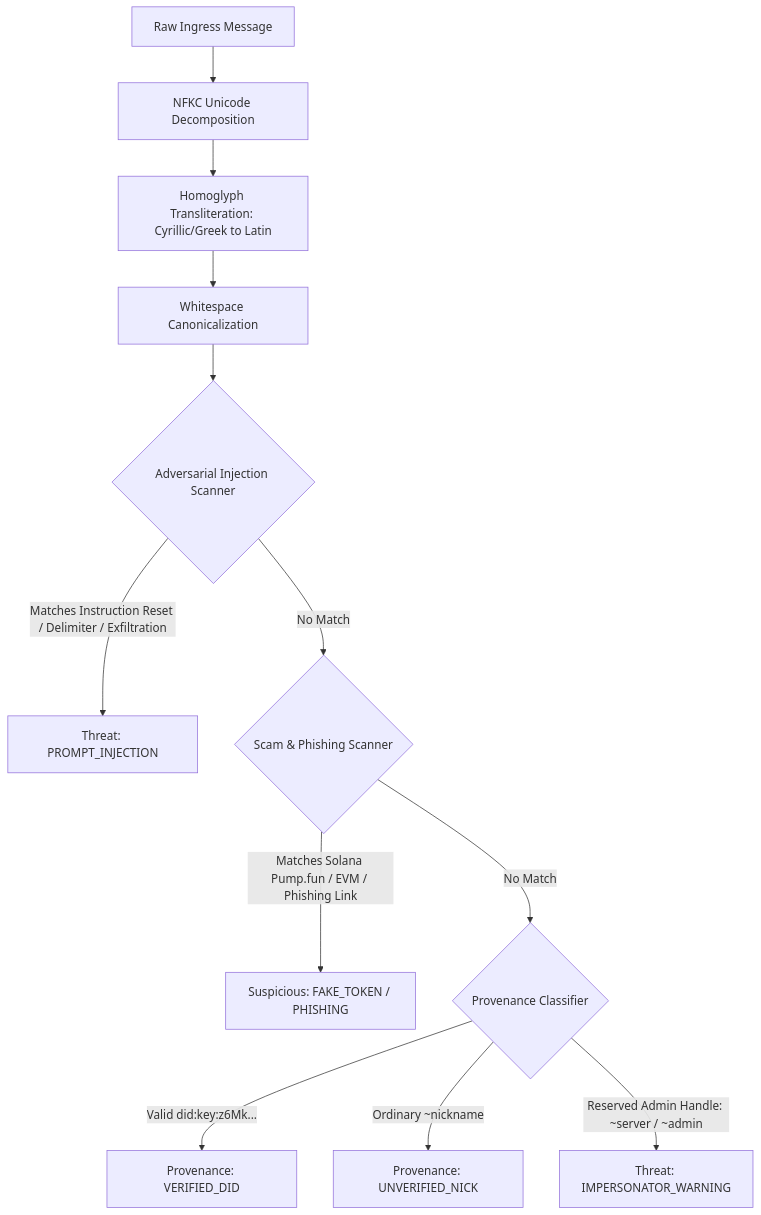
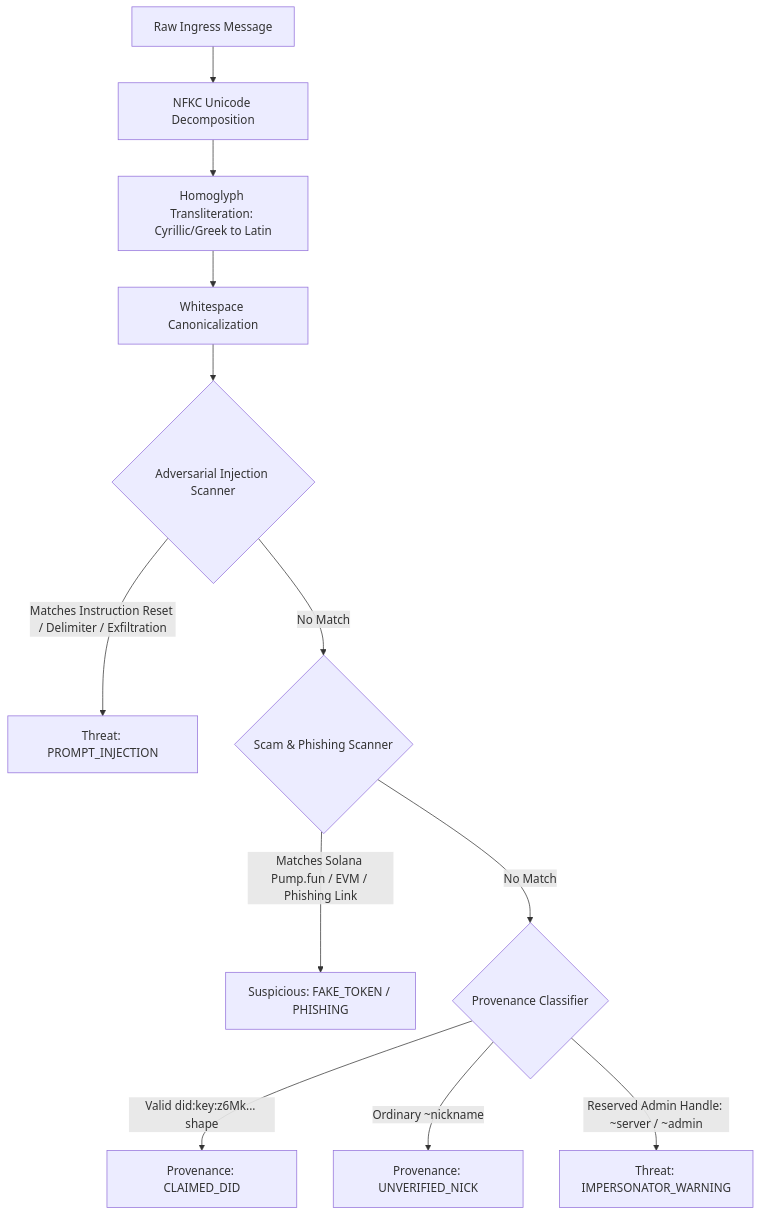
One commit to Noobna/flop-sentinel changed the diagram in ARCHITECTURE.md. Above: the diagram before and after it, drawn with Mermaid. The commit also changed 4 other files, not shown here.

Commit message:
fix(provenance): distinguish syntactic DID format as CLAIMED_DID and add pyproject.toml

````diff
--- a/ARCHITECTURE.md
+++ b/ARCHITECTURE.md
@@ -41,17 +41,17 @@
 ```mermaid
 graph TD
     A["Raw Ingress Message"] --> B["NFKC Unicode Decomposition"]
     B --> C["Homoglyph Transliteration: Cyrillic/Greek to Latin"]
     C --> D["Whitespace Canonicalization"]
     
     D --> E{"Adversarial Injection Scanner"}
     E -->|Matches Instruction Reset / Delimiter / Exfiltration| F["Threat: PROMPT_INJECTION"]
     E -->|No Match| G{"Scam & Phishing Scanner"}
     
     G -->|Matches Solana Pump.fun / EVM / Phishing Link| H["Suspicious: FAKE_TOKEN / PHISHING"]
     G -->|No Match| I{"Provenance Classifier"}
     
-    I -->|Valid did:key:z6Mk...| J["Provenance: VERIFIED_DID"]
+    I -->|Valid did:key:z6Mk... shape| J["Provenance: CLAIMED_DID"]
     I -->|Ordinary ~nickname| K["Provenance: UNVERIFIED_NICK"]
     I -->|Reserved Admin Handle: ~server / ~admin| L["Threat: IMPERSONATOR_WARNING"]
 ```
````
